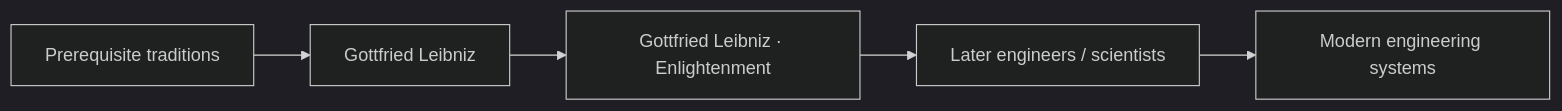
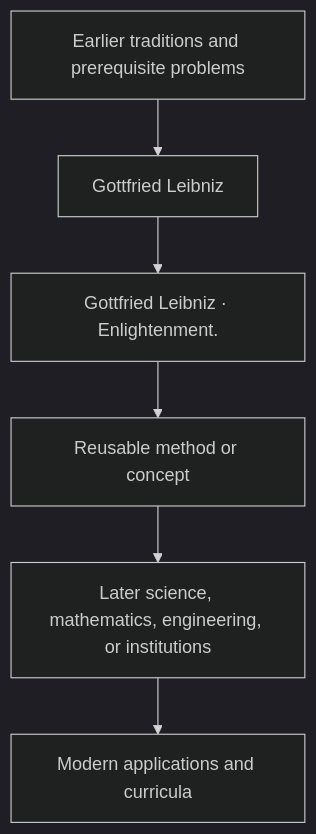
One commit to via-decide/ViaLogic changed the diagram in docs/history/gottfried-leibniz/influence.md. Above: the diagram before and after it, drawn with Mermaid (dark theme). The commit also changed other lines of this file and 858 other files, not shown here.

````diff
--- a/docs/history/gottfried-leibniz/influence.md
+++ b/docs/history/gottfried-leibniz/influence.md
@@ -29,7 +16,8 @@
 ```mermaid
-graph LR
-  prerequisites["Prerequisite traditions"] --> current["Gottfried Leibniz"]
-  current --> contribution["Gottfried Leibniz · Enlightenment"]
-  contribution --> successors["Later engineers / scientists"]
-  successors --> modern["Modern engineering systems"]
+graph TD
+  Prior[Earlier traditions and prerequisite problems] --> Person[Gottfried Leibniz]
+  Person --> Contribution[Gottfried Leibniz · Enlightenment.]
+  Contribution --> Method[Reusable method or concept]
+  Method --> Later[Later science, mathematics, engineering, or institutions]
+  Later --> Modern[Modern applications and curricula]
 ```
````
